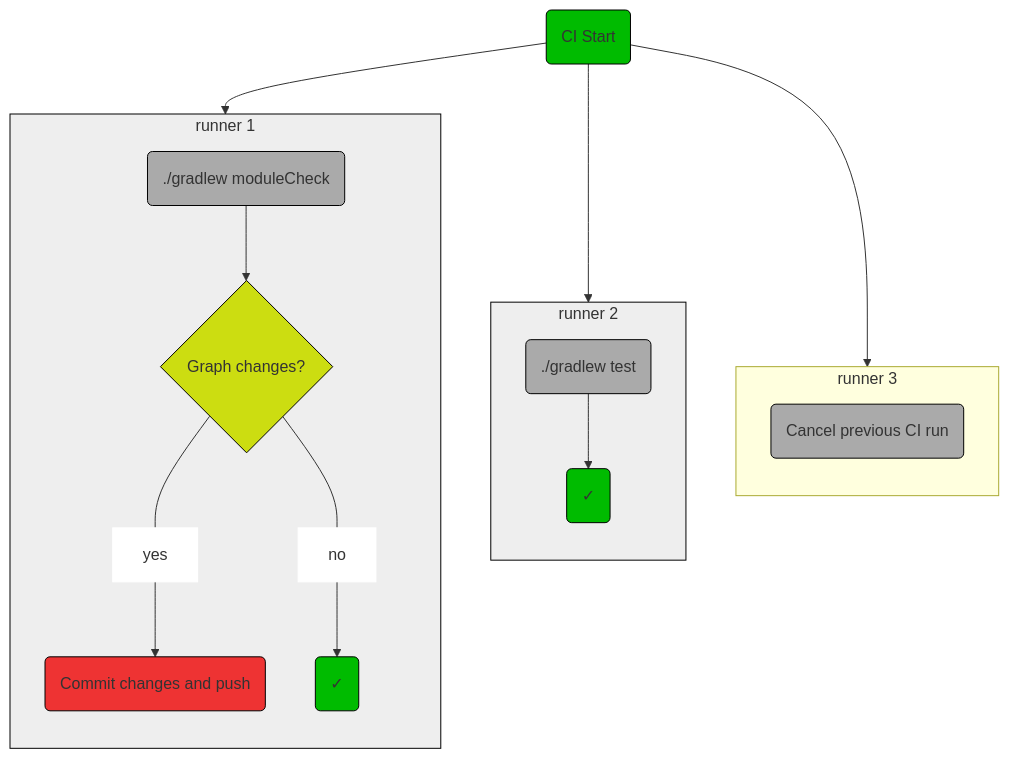
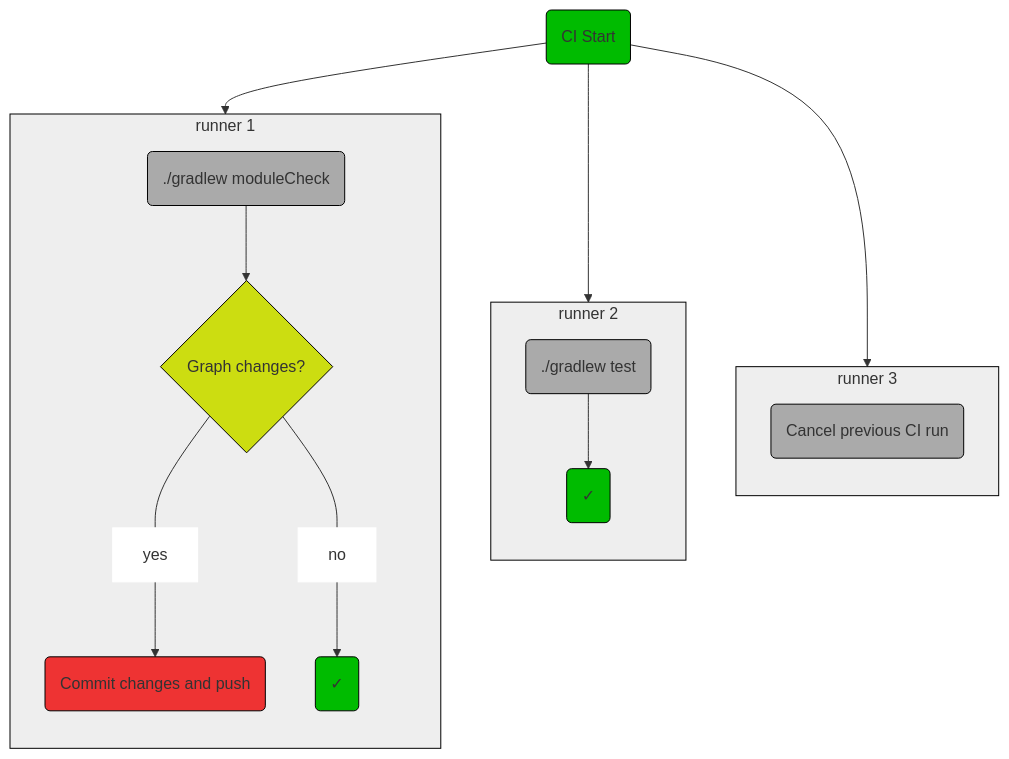
One commit to rickbusarow/ModuleCheck changed the diagram in website/versioned_docs/version-0.11.2/ci_workflow.md. Above: the diagram before and after it, drawn with Mermaid. The commit also changed other lines of this file and 1 other file, not shown here.

````diff
--- a/website/versioned_docs/version-0.11.2/ci_workflow.md
+++ b/website/versioned_docs/version-0.11.2/ci_workflow.md
@@ -45,35 +34,36 @@
 ```mermaid
 flowchart TB
   Start(CI Start):::good --> mGraph
   Start --> tGraph
   Start --> cGraph
-
-  subgraph cGraph [runner 3]
-    direction TB
-    Cancel(Cancel previous CI run):::code
-  end
 
   subgraph mGraph [runner 1]
     direction TB
     ModuleCheck(./gradlew moduleCheck):::code --> ChangesModuleCheck
     ChangesModuleCheck{Graph changes?} --- yesM[yes]:::lineLabel --> CommitModuleCheck(Commit changes and push):::stop
     ChangesModuleCheck --- noM[no]:::lineLabel --> EndModuleCheck("#10003;"):::good
   end
 
   subgraph tGraph [runner 2]
     direction TB
     Tests(./gradlew test):::code --> EndTests("#10003;"):::good
   end
 
+  subgraph cGraph [runner 3]
+    direction TB
+    Cancel(Cancel previous CI run):::code
+  end
+
   style tGraph fill:#EEE,stroke:#000
+  style cGraph fill:#EEE,stroke:#000
   style mGraph fill:#EEE,stroke:#000
 
   classDef good fill:#0B0,stroke:#000
   classDef stop fill:#E33,stroke:#000
 
   classDef code fill:#AAA,stroke:#000
 
   style ChangesModuleCheck fill:#CD1,stroke:#000
 
   classDef lineLabel fill:#FFF,stroke:#FFF
 ```
````
